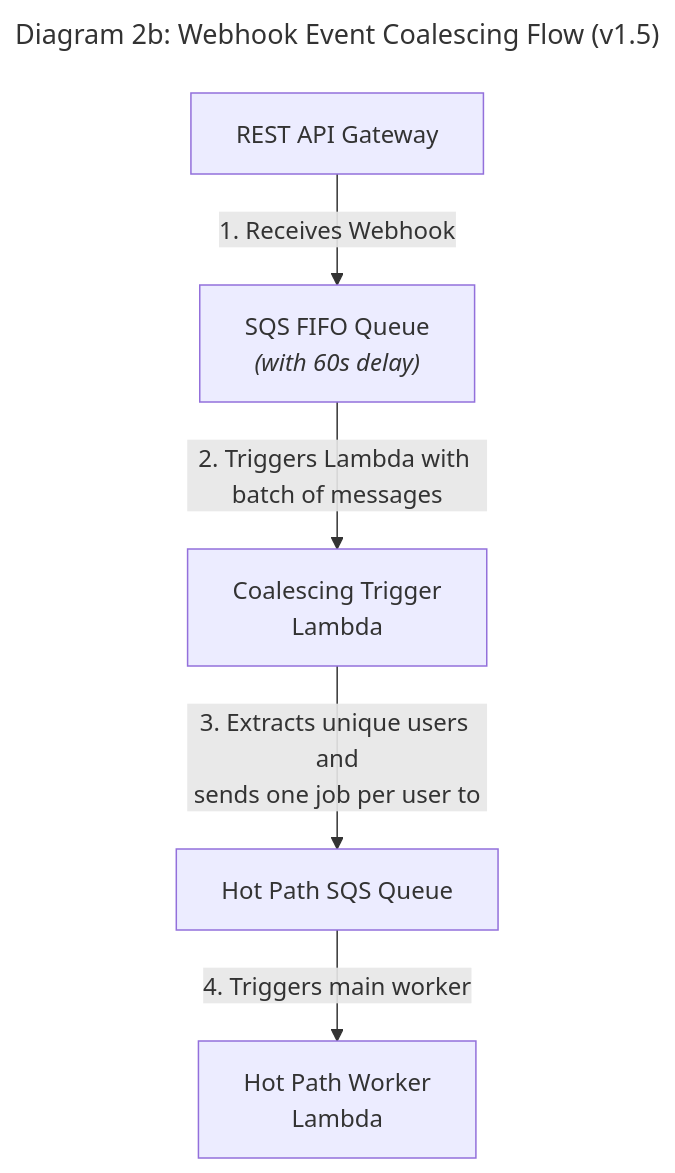
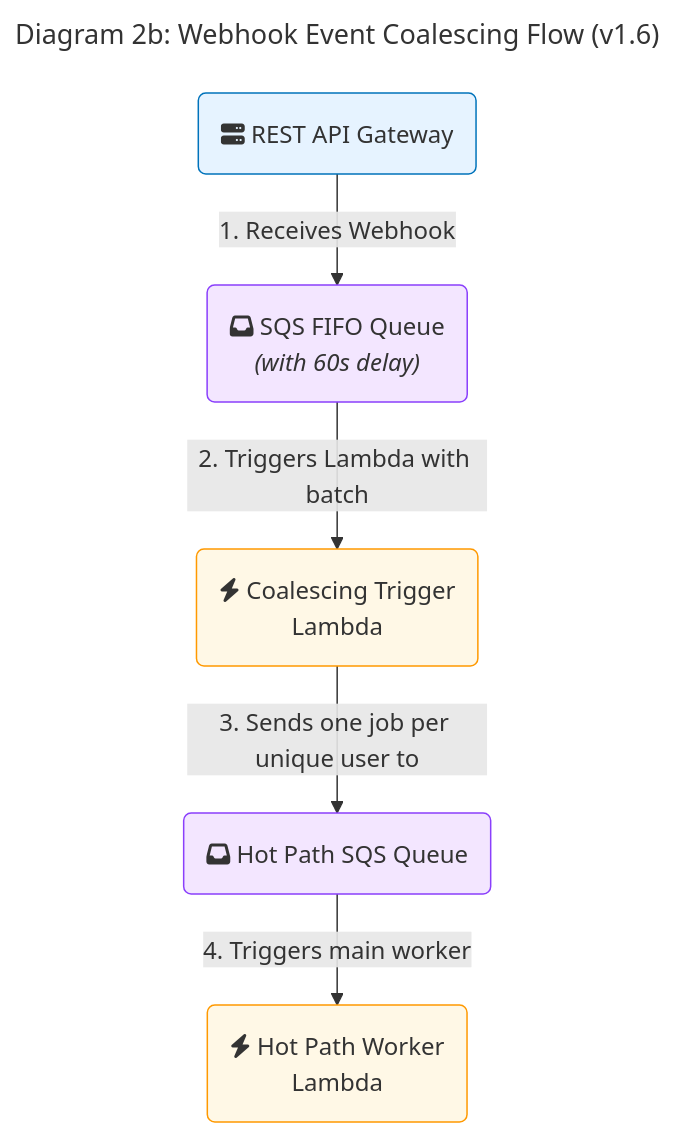
The seventh of 15 diagrams in docs/architecture/06-technical-architecture.md (dino10bit/healthsync), drawn with Mermaid before and after one commit. The commit also changed other lines of this file, not shown here.

First line of the commit message:
Enhance diagrams with professional styling and icons

````diff
--- a/docs/architecture/06-technical-architecture.md
+++ b/docs/architecture/06-technical-architecture.md
@@ -1150,10 +1180,27 @@
 ```mermaid
 ---
-title: "Diagram 2b: Webhook Event Coalescing Flow (v1.5)"
+title: "Diagram 2b: Webhook Event Coalescing Flow (v1.6)"
 ---
 graph TB
-    RestApi[REST API Gateway] -- "1. Receives Webhook" --> CoalescingBufferQueue["SQS FIFO Queue<br><i>(with 60s delay)</i>"]
-    CoalescingBufferQueue -- "2. Triggers Lambda with batch of messages" --> CoalescingTriggerLambda["Coalescing Trigger<br>Lambda"]
-    CoalescingTriggerLambda -- "3. Extracts unique users and<br>sends one job per user to" --> HotPathSyncQueue[Hot Path SQS Queue]
-    HotPathSyncQueue -- "4. Triggers main worker" --> WorkerLambda["Hot Path Worker<br>Lambda"]
+    %% Define Styles
+    classDef ingress fill:#e6f3ff,stroke:#0073bb;
+    classDef compute fill:#fff8e6,stroke:#ff9900;
+    classDef messaging fill:#f3e6ff,stroke:#8a3ffc;
+
+    RestApi("`fa:fa-server REST API Gateway`")
+    CoalescingBufferQueue("`fa:fa-inbox SQS FIFO Queue<br><i>(with 60s delay)</i>`")
+    CoalescingTriggerLambda("`fa:fa-bolt Coalescing Trigger<br>Lambda`")
+    HotPathSyncQueue("`fa:fa-inbox Hot Path SQS Queue`")
+    WorkerLambda("`fa:fa-bolt Hot Path Worker<br>Lambda`")
+
+    %% Connections
+    RestApi -- "1. Receives Webhook" --> CoalescingBufferQueue
+    CoalescingBufferQueue -- "2. Triggers Lambda with batch" --> CoalescingTriggerLambda
+    CoalescingTriggerLambda -- "3. Sends one job per unique user to" --> HotPathSyncQueue
+    HotPathSyncQueue -- "4. Triggers main worker" --> WorkerLambda
+
+    %% Apply Styles
+    class RestApi ingress;
+    class CoalescingTriggerLambda,WorkerLambda compute;
+    class CoalescingBufferQueue,HotPathSyncQueue messaging;
 ```
````
